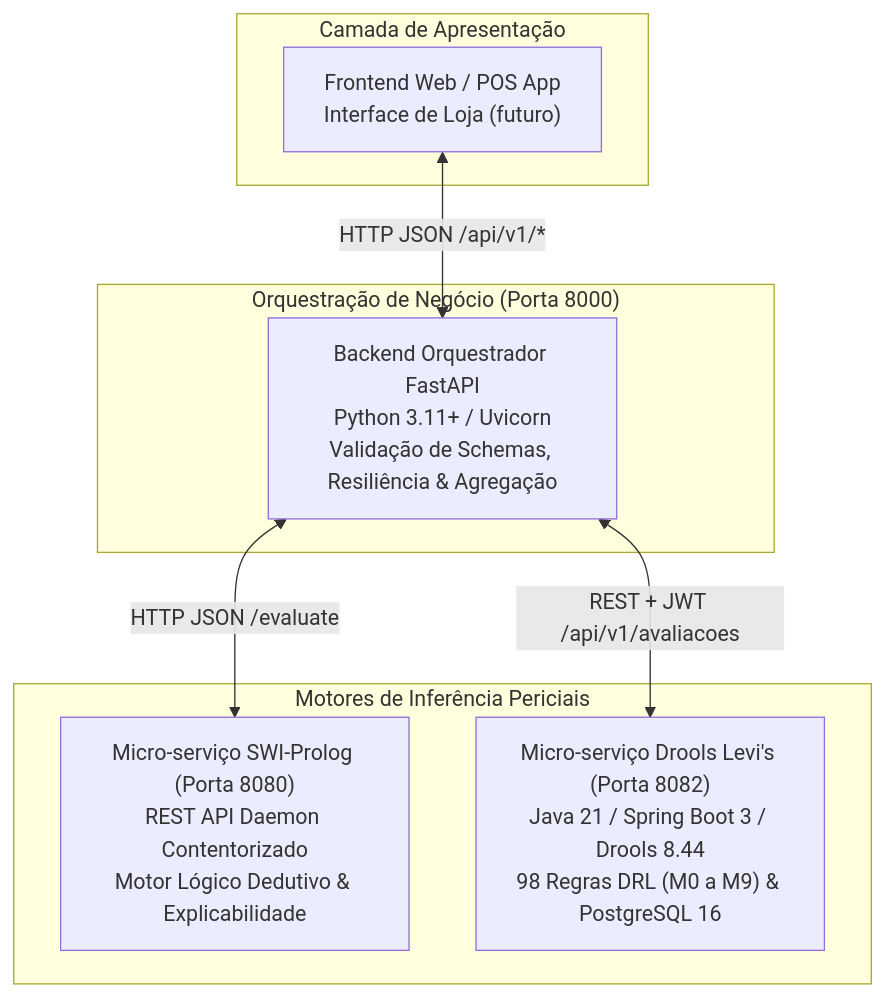
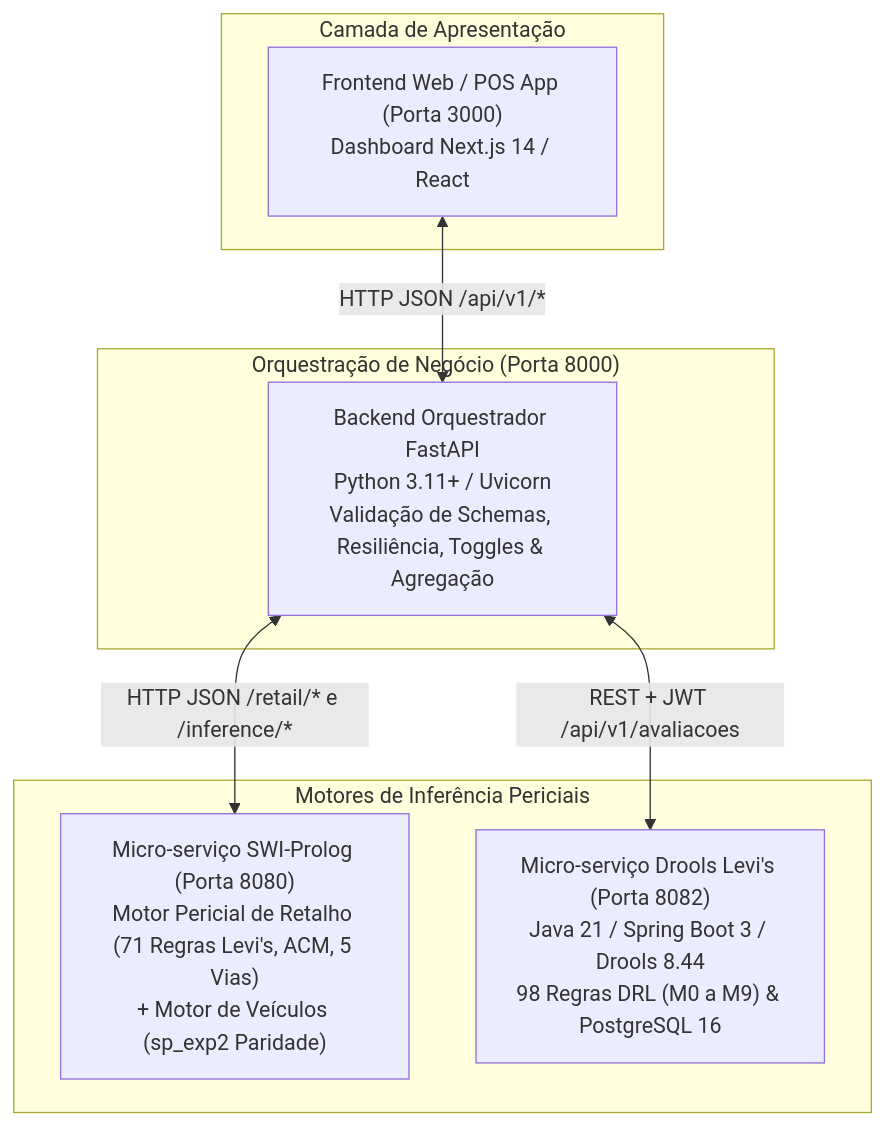
Before and after one commit to Alvaro1940052/meia-equipa3-challenge1-26_27: the diagram in README.md, drawn with Mermaid. The commit also changed other lines of this file and 46 other files, not shown here.

Commit message:
feat: add retail prolog inference engine and backend orchestration support

````diff
--- a/README.md
+++ b/README.md
@@ -40,19 +40,19 @@
 ```mermaid
 flowchart TD
     subgraph UI ["Camada de Apresentação"]
-        Frontend["Frontend Web / POS App\nInterface de Loja (futuro)"]
+        Frontend["Frontend Web / POS App (Porta 3000)\nDashboard Next.js 14 / React"]
     end
 
     subgraph Orchestration ["Orquestração de Negócio (Porta 8000)"]
-        FastAPI["Backend Orquestrador FastAPI\nPython 3.11+ / Uvicorn\nValidação de Schemas, Resiliência & Agregação"]
+        FastAPI["Backend Orquestrador FastAPI\nPython 3.11+ / Uvicorn\nValidação de Schemas, Resiliência, Toggles & Agregação"]
     end
 
     subgraph InferenceEngines ["Motores de Inferência Periciais"]
-        Prolog["Micro-serviço SWI-Prolog (Porta 8080)\nREST API Daemon Contentorizado\nMotor Lógico Dedutivo & Explicabilidade"]
+        Prolog["Micro-serviço SWI-Prolog (Porta 8080)\nMotor Pericial de Retalho (71 Regras Levi's, ACM, 5 Vias)\n+ Motor de Veículos (sp_exp2 Paridade)"]
         Drools["Micro-serviço Drools Levi's (Porta 8082)\nJava 21 / Spring Boot 3 / Drools 8.44\n98 Regras DRL (M0 a M9) & PostgreSQL 16"]
     end
 
     Frontend <-->|HTTP JSON /api/v1/*| FastAPI
-    FastAPI <-->|HTTP JSON /evaluate| Prolog
+    FastAPI <-->|HTTP JSON /retail/* e /inference/*| Prolog
     FastAPI <-->|REST + JWT /api/v1/avaliacoes| Drools
 ```
````
